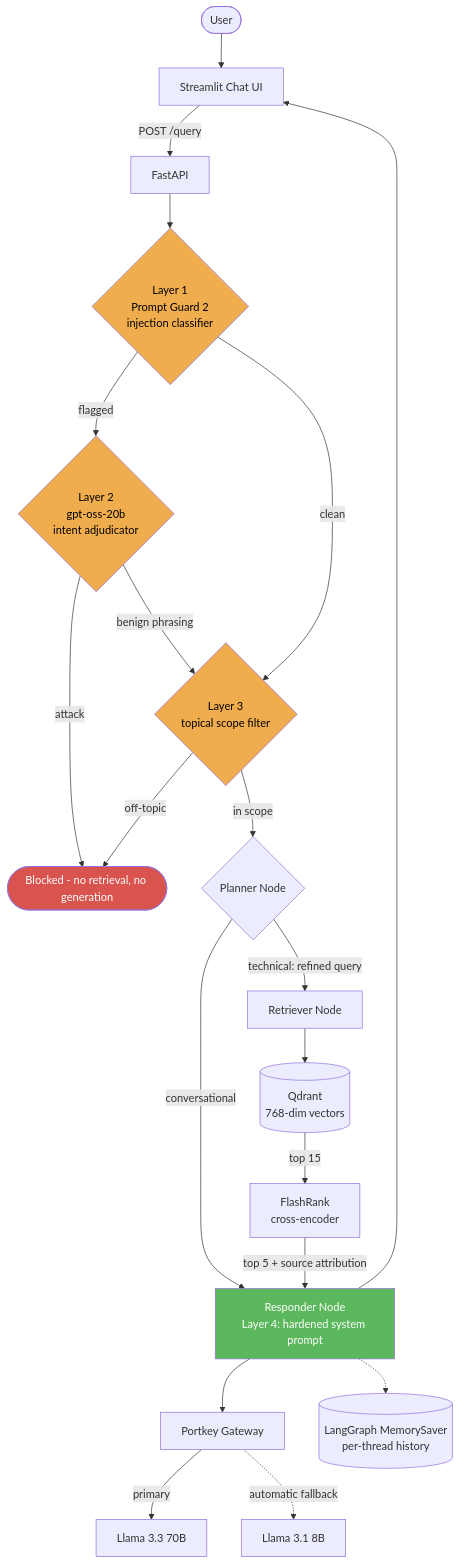
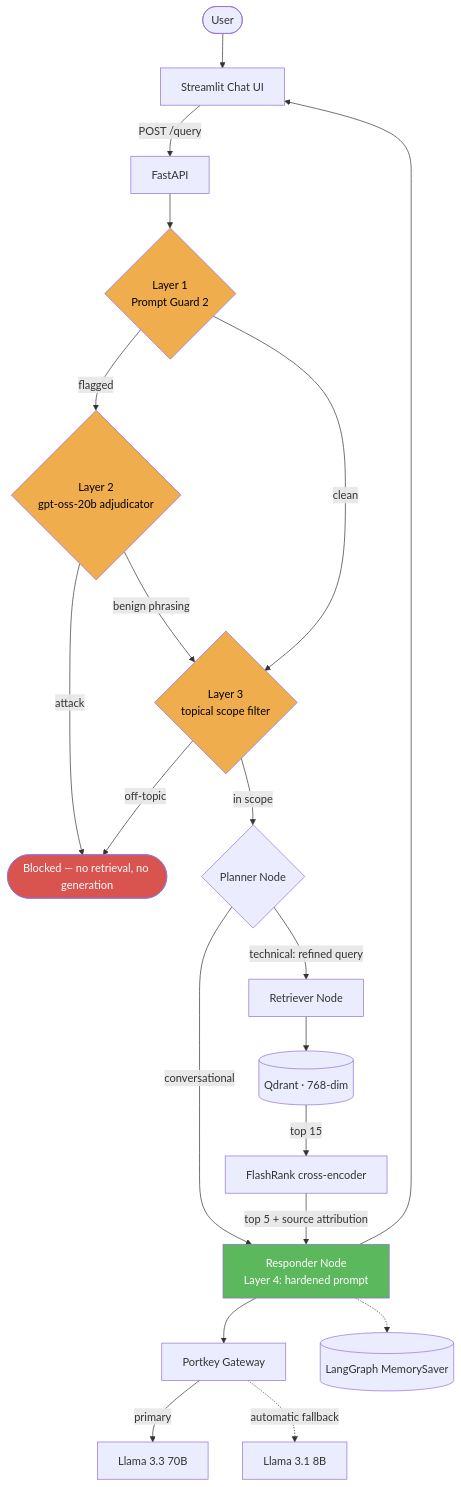
The diagram in README.md (Arnav020/Sentinel-RAG), drawn with Mermaid before and after one commit. The commit also changed other lines of this file, not shown here.

````diff
--- a/README.md
+++ b/README.md
@@ -203,31 +158,31 @@
 ```mermaid
 flowchart TD
     User([User]) --> UI[Streamlit Chat UI]
     UI -->|POST /query| API[FastAPI]
 
-    API --> G1{"Layer 1<br/>Prompt Guard 2<br/>injection classifier"}
-    G1 -->|flagged| G2{"Layer 2<br/>gpt-oss-20b<br/>intent adjudicator"}
+    API --> G1{"Layer 1<br/>Prompt Guard 2"}
+    G1 -->|flagged| G2{"Layer 2<br/>gpt-oss-20b adjudicator"}
     G1 -->|clean| G3
-    G2 -->|attack| BLOCK([Blocked - no retrieval, no generation])
+    G2 -->|attack| BLOCK([Blocked — no retrieval, no generation])
     G2 -->|benign phrasing| G3
     G3{"Layer 3<br/>topical scope filter"} -->|off-topic| BLOCK
     G3 -->|in scope| PLAN
 
     PLAN{Planner Node} -->|conversational| RESP
     PLAN -->|technical: refined query| RETR[Retriever Node]
-    RETR --> QD[(Qdrant<br/>768-dim vectors)]
-    QD -->|top 15| RERANK[FlashRank<br/>cross-encoder]
+    RETR --> QD[(Qdrant · 768-dim)]
+    QD -->|top 15| RERANK[FlashRank cross-encoder]
     RERANK -->|top 5 + source attribution| RESP
 
-    RESP[Responder Node<br/>Layer 4: hardened system prompt] --> GW[Portkey Gateway]
+    RESP[Responder Node<br/>Layer 4: hardened prompt] --> GW[Portkey Gateway]
     GW -->|primary| P[Llama 3.3 70B]
     GW -.->|automatic fallback| F[Llama 3.1 8B]
     RESP --> UI
-    RESP -.-> MEM[(LangGraph MemorySaver<br/>per-thread history)]
+    RESP -.-> MEM[(LangGraph MemorySaver)]
 
     style BLOCK fill:#d9534f,color:#fff
     style G1 fill:#f0ad4e,color:#000
     style G2 fill:#f0ad4e,color:#000
     style G3 fill:#f0ad4e,color:#000
     style RESP fill:#5cb85c,color:#fff
 ```
````
